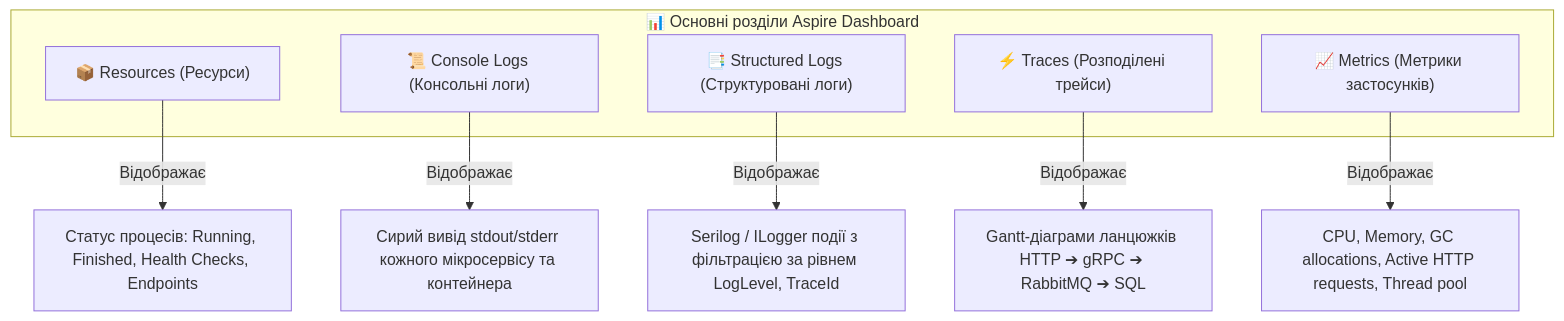
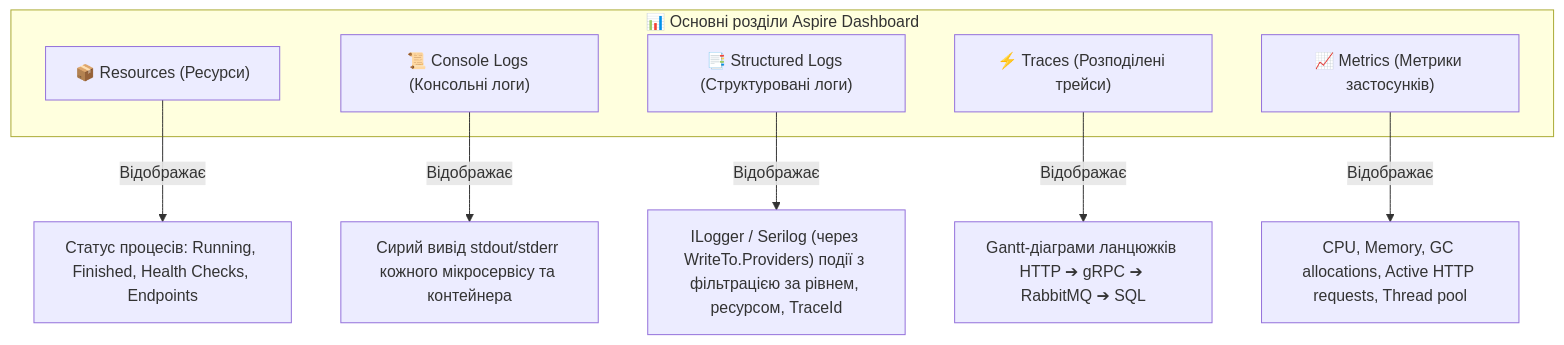
One commit to MrTomkaYurii/Demo-CargoDeliveryService changed the eighth of 8 diagrams in 02-Microservices-Craftsman/02-01-Aspire-Documentation/02-01-Aspire-MasterClass.md. Above: the diagram before and after it, drawn with Mermaid. The commit also changed other lines of this file and 227 other files, not shown here.

````diff
--- a/02-Microservices-Craftsman/02-01-Aspire-Documentation/02-01-Aspire-MasterClass.md
+++ b/02-Microservices-Craftsman/02-01-Aspire-Documentation/02-01-Aspire-MasterClass.md
@@ -653,16 +707,16 @@
 ```mermaid
 flowchart TD
     subgraph DashboardViews ["📊 Основні розділи Aspire Dashboard"]
         R["📦 Resources (Ресурси)"]
         CL["📜 Console Logs (Консольні логи)"]
         SL["📑 Structured Logs (Структуровані логи)"]
         TR["⚡ Traces (Розподілені трейси)"]
         ME["📈 Metrics (Метрики застосунків)"]
     end
 
     R -->|Відображає| RInfo["Статус процесів: Running, Finished, Health Checks, Endpoints"]
     CL -->|Відображає| CLInfo["Сирий вивід stdout/stderr кожного мікросервісу та контейнера"]
-    SL -->|Відображає| SLInfo["Serilog / ILogger події з фільтрацією за рівнем LogLevel, TraceId"]
+    SL -->|Відображає| SLInfo["ILogger / Serilog (через WriteTo.Providers) події з фільтрацією за рівнем, ресурсом, TraceId"]
     TR -->|Відображає| TRInfo["Gantt-діаграми ланцюжків HTTP ➔ gRPC ➔ RabbitMQ ➔ SQL"]
     ME -->|Відображає| MEInfo["CPU, Memory, GC allocations, Active HTTP requests, Thread pool"]
 ```
````
